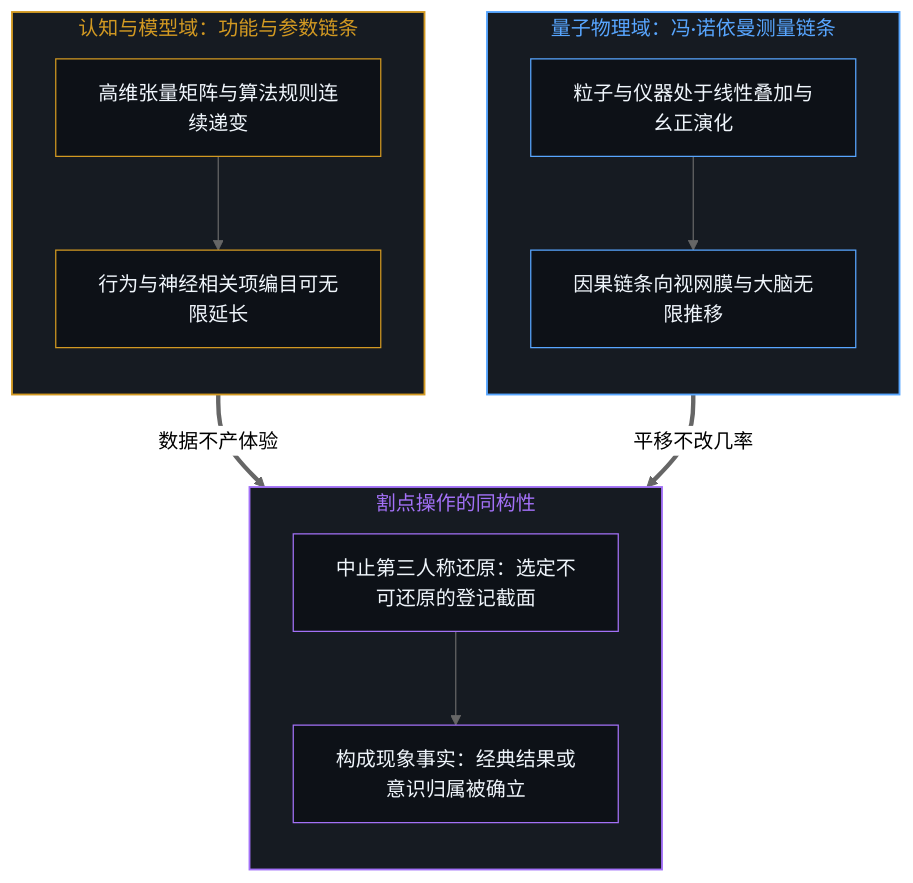
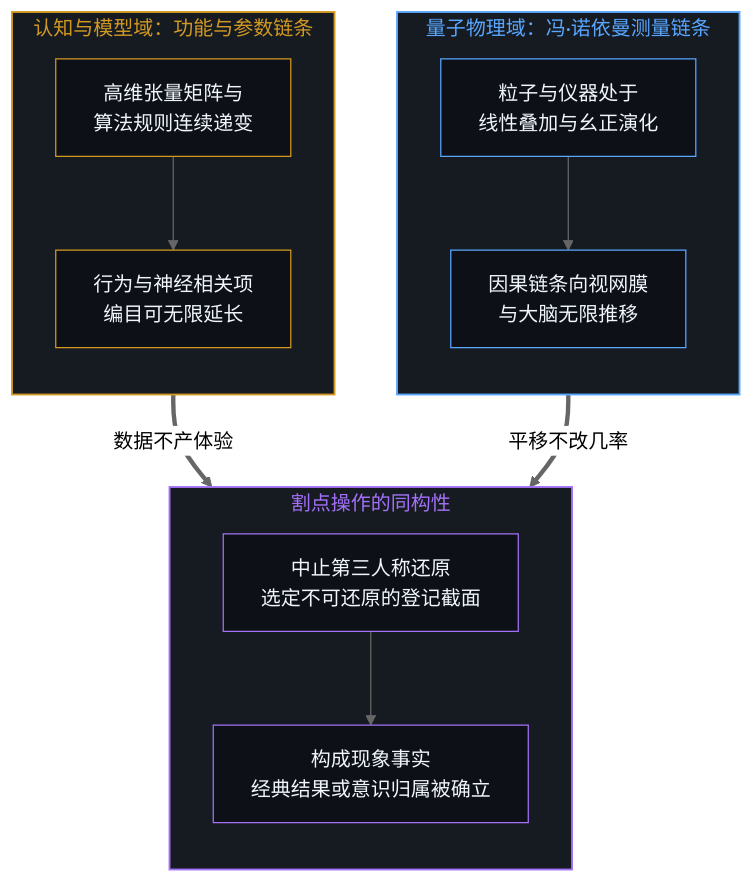
Before and after one commit to powerpig99/not-a-toe: the third of 8 diagrams in content/posts/consciousness-ascription-and-the-quantum-cut.md, drawn with Mermaid (neutral theme). The commit also changed other lines of this file and 2 other files, not shown here.

````diff
--- a/content/posts/consciousness-ascription-and-the-quantum-cut.md
+++ b/content/posts/consciousness-ascription-and-the-quantum-cut.md
@@ -83,35 +83,35 @@
 ```mermaid
 flowchart TD
     subgraph S_QUANTUM_ZH ["量子物理域：冯·诺依曼测量链条"]
         direction TB
         style S_QUANTUM_ZH fill:#161b22,stroke:#58a6ff,stroke-width:1.5px,color:#58a6ff
-        Q_Super["粒子与仪器处于线性叠加与幺正演化"]
-        Q_Chain["因果链条向视网膜与大脑无限推移"]
+        Q_Super["粒子与仪器处于<br/>线性叠加与幺正演化"]
+        Q_Chain["因果链条向视网膜<br/>与大脑无限推移"]
         Q_Super --> Q_Chain
         style Q_Super fill:#0d1117,stroke:#58a6ff,stroke-width:1px,color:#f0f6fc
         style Q_Chain fill:#0d1117,stroke:#58a6ff,stroke-width:1px,color:#f0f6fc
     end
 
     subgraph S_COGNITION_ZH ["认知与模型域：功能与参数链条"]
         direction TB
         style S_COGNITION_ZH fill:#161b22,stroke:#d29922,stroke-width:1.5px,color:#d29922
-        M_Weights["高维张量矩阵与算法规则连续递变"]
-        M_Chain["行为与神经相关项编目可无限延长"]
+        M_Weights["高维张量矩阵与<br/>算法规则连续递变"]
+        M_Chain["行为与神经相关项<br/>编目可无限延长"]
         M_Weights --> M_Chain
         style M_Weights fill:#0d1117,stroke:#d29922,stroke-width:1px,color:#f0f6fc
         style M_Chain fill:#0d1117,stroke:#d29922,stroke-width:1px,color:#f0f6fc
     end
 
     subgraph S_ISO_ZH ["割点操作的同构性"]
         direction TB
         style S_ISO_ZH fill:#161b22,stroke:#a371f7,stroke-width:1.5px,color:#a371f7
-        I_Action["中止第三人称还原：选定不可还原的登记截面"]
-        I_Fact["构成现象事实：经典结果或意识归属被确立"]
+        I_Action["中止第三人称还原<br/>选定不可还原的登记截面"]
+        I_Fact["构成现象事实<br/>经典结果或意识归属被确立"]
         I_Action --> I_Fact
         style I_Action fill:#0d1117,stroke:#a371f7,stroke-width:1px,color:#f0f6fc
         style I_Fact fill:#0d1117,stroke:#a371f7,stroke-width:1px,color:#f0f6fc
     end
 
     Q_Chain ==>|"平移不改几率"| I_Action
     M_Chain ==>|"数据不产体验"| I_Action
 ```
````
